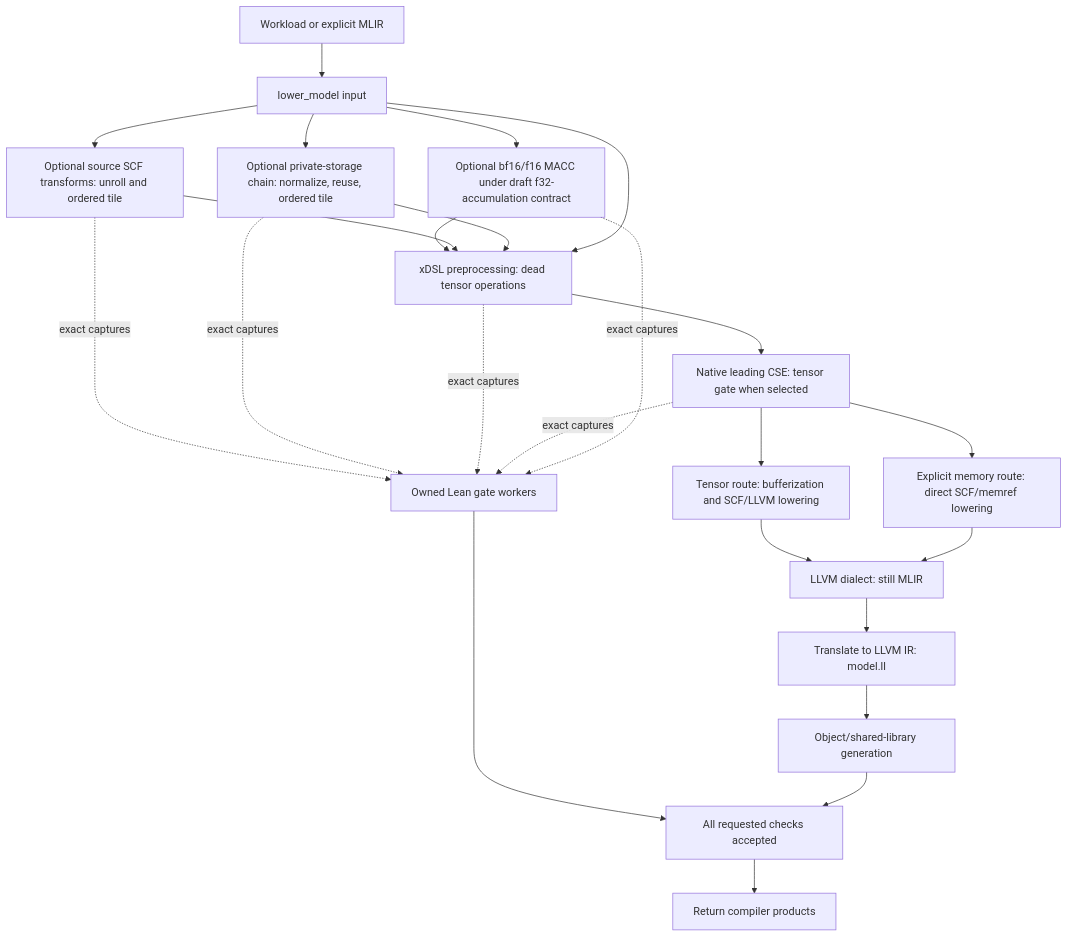
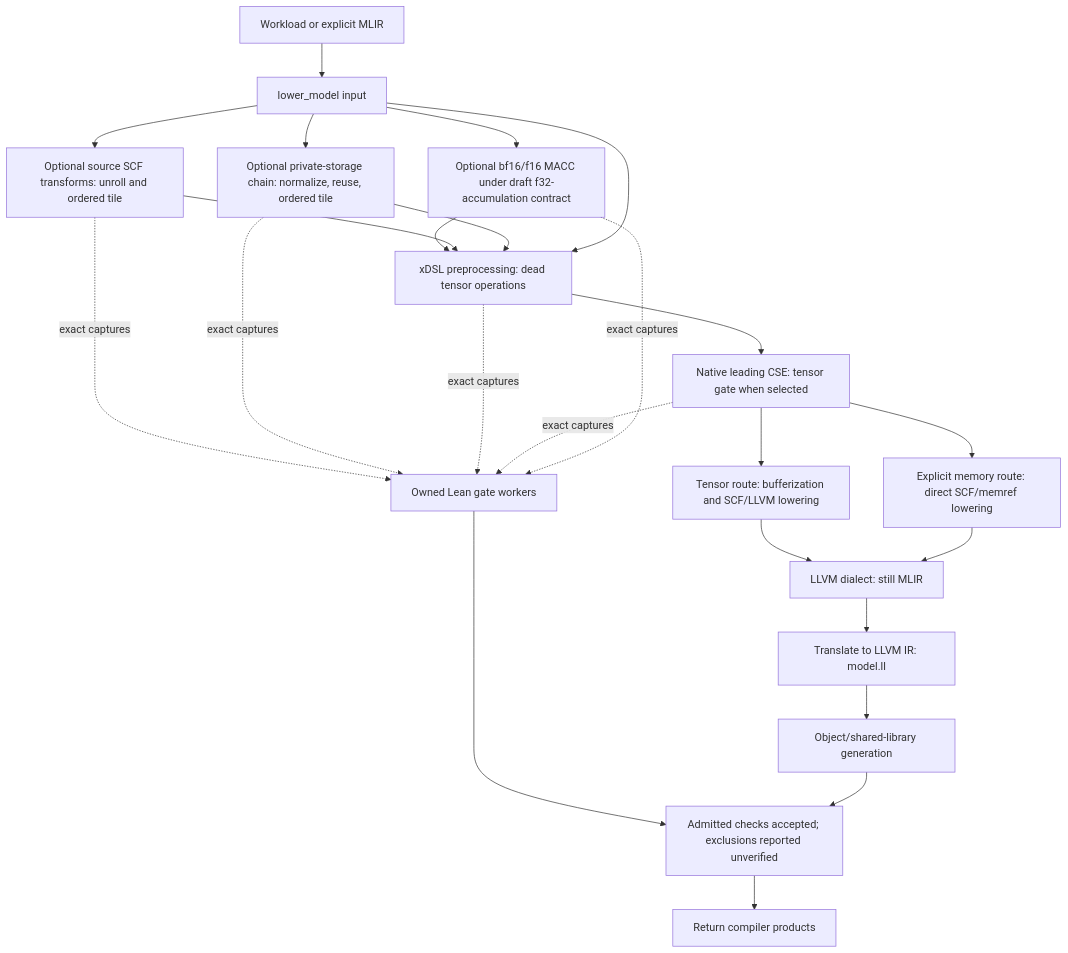
The diagram in docs/guides/lean_compiler_stack.md (ucb-bar/merlin), drawn with Mermaid before and after one commit. The commit also changed other lines of this file and 9 other files, not shown here.

````diff
--- a/docs/guides/lean_compiler_stack.md
+++ b/docs/guides/lean_compiler_stack.md
@@ -59,26 +65,26 @@
 ```mermaid
 flowchart TD
   A[Workload or explicit MLIR] --> B[lower_model input]
   B --> N[Optional bf16/f16 MACC under draft f32-accumulation contract]
   N --> E
   B --> C[Optional source SCF transforms: unroll and ordered tile]
   B --> D[Optional private-storage chain: normalize, reuse, ordered tile]
   C --> E[xDSL preprocessing: dead tensor operations]
   D --> E
   B --> E
   E --> F[Native leading CSE: tensor gate when selected]
   F --> T[Tensor route: bufferization and SCF/LLVM lowering]
   F --> M[Explicit memory route: direct SCF/memref lowering]
   T --> L[LLVM dialect: still MLIR]
   M --> L
   L --> R[Translate to LLVM IR: model.ll]
   R --> G[Object/shared-library generation]
   C -. exact captures .-> P[Owned Lean gate workers]
   D -. exact captures .-> P
   E -. exact captures .-> P
   F -. exact captures .-> P
   N -. exact captures .-> P
-  P --> H[All requested checks accepted]
+  P --> H[Admitted checks accepted; exclusions reported unverified]
   G --> H
   H --> I[Return compiler products]
 ```
````
